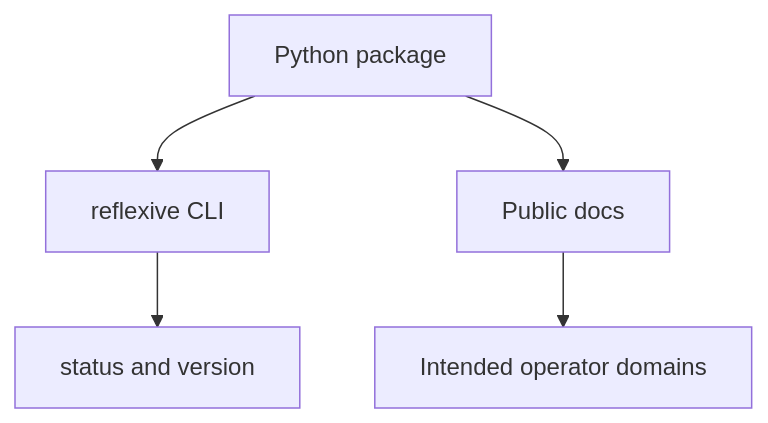
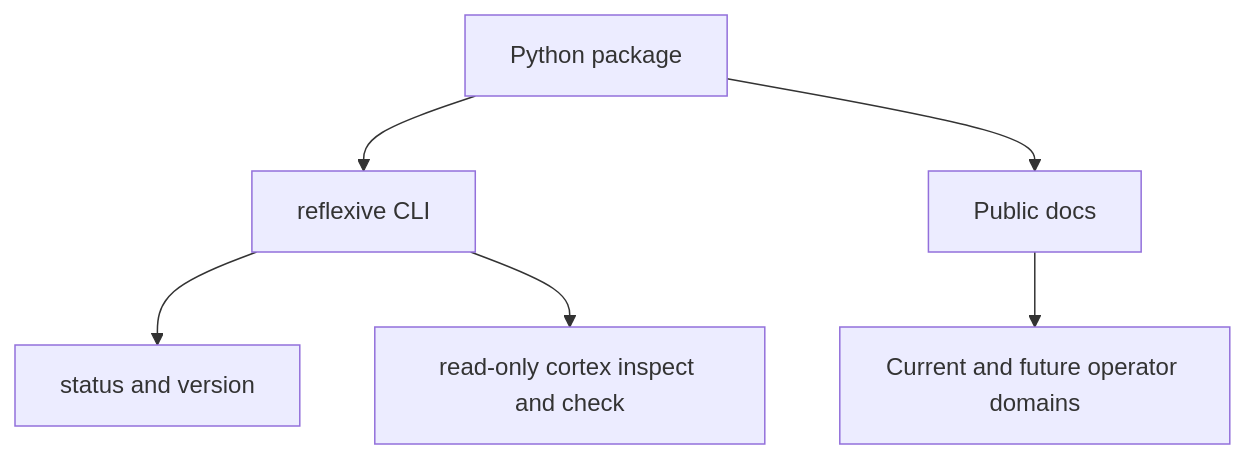
Before and after one commit to rohankhanna/reflexive: the diagram in docs/architecture.md, drawn with Mermaid. The commit also changed other lines of this file and 6 other files, not shown here.

Commit message:
feat: add public read-only cortex inspection commands

````diff
--- a/docs/architecture.md
+++ b/docs/architecture.md
@@ -15,7 +16,8 @@
 ```mermaid
 flowchart TD
     PKG[Python package] --> CLI[reflexive CLI]
     CLI --> STATUS[status and version]
+    CLI --> CORTEX[read-only cortex inspect and check]
     PKG --> DOCS[Public docs]
-    DOCS --> DOMAINS[Intended operator domains]
+    DOCS --> DOMAINS[Current and future operator domains]
 ```
````
